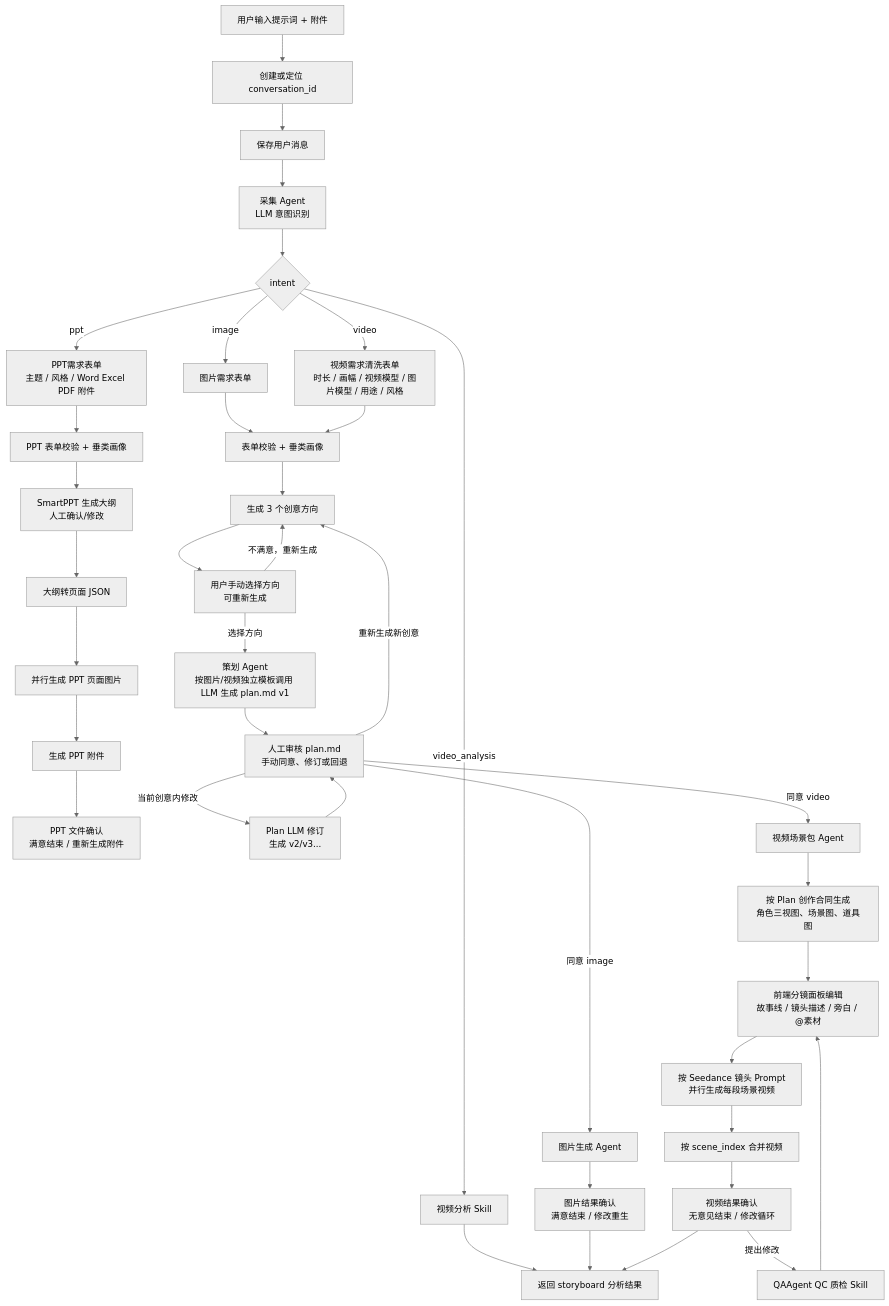
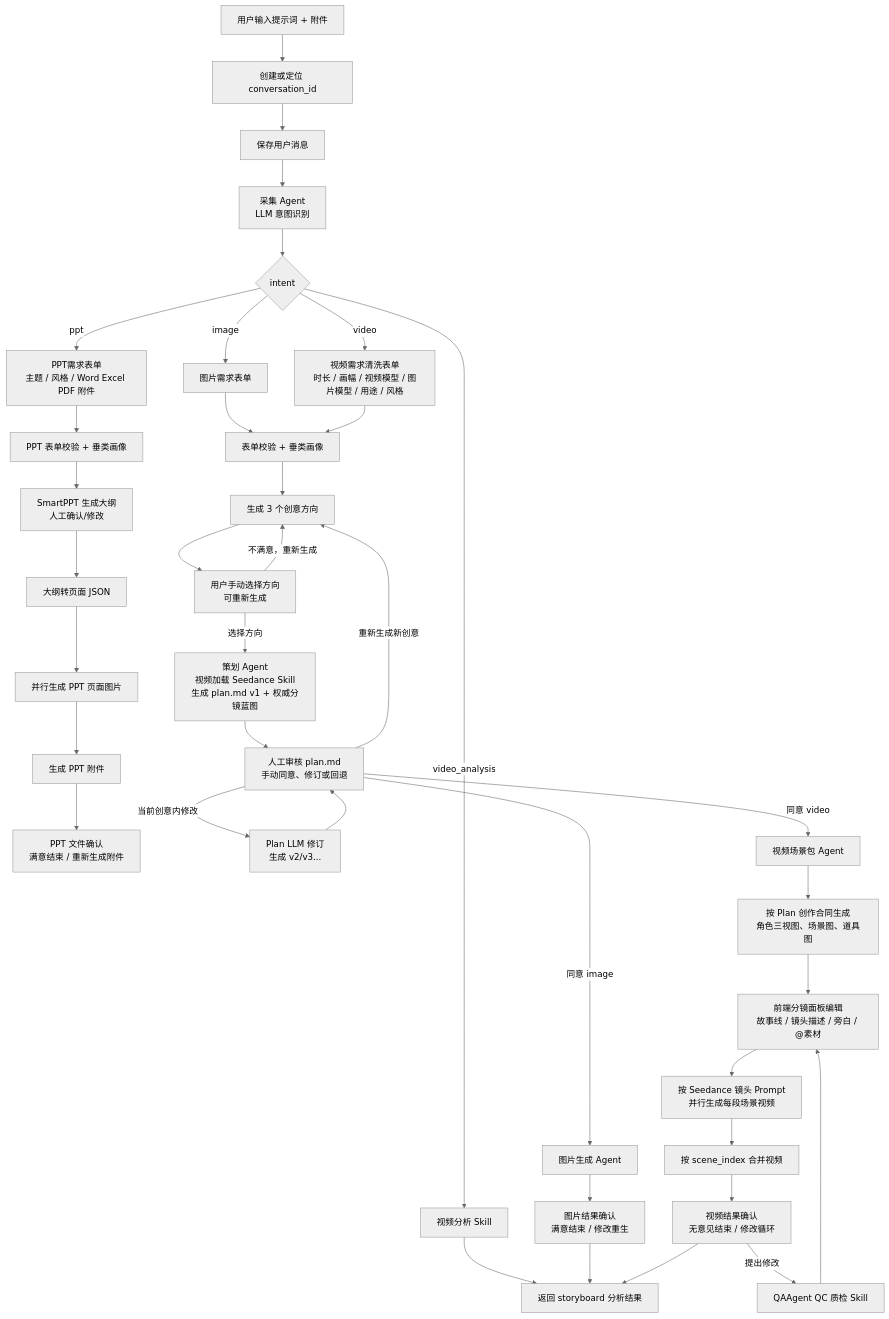
Before and after one commit to joyslxd/pixelflow: the second of 7 diagrams in docs/pixelflow-agent-skill-flow-latest-design.md, drawn with Mermaid (neutral theme). The commit also changed other lines of this file and 23 other files, not shown here.

````diff
--- a/docs/pixelflow-agent-skill-flow-latest-design.md
+++ b/docs/pixelflow-agent-skill-flow-latest-design.md
@@ -48,40 +48,40 @@
 ```mermaid
 flowchart TD
   A["用户输入提示词 + 附件"] --> B["创建或定位 conversation_id"]
   B --> C["保存用户消息"]
   C --> D["采集 Agent<br/>LLM 意图识别"]
   D --> E{"intent"}
   E -->|"video_analysis"| VA["视频分析 Skill"]
   E -->|"image"| IF["图片需求表单"]
   E -->|"video"| VF["视频需求清洗表单<br/>时长 / 画幅 / 视频模型 / 图片模型 / 用途 / 风格"]
   E -->|"ppt"| PF["PPT需求表单<br/>主题 / 风格 / Word Excel PDF 附件"]
   IF --> IV["表单校验 + 垂类画像"]
   VF --> IV
   PF --> PIV["PPT 表单校验 + 垂类画像"]
   PIV --> PSUM["SmartPPT 生成大纲<br/>人工确认/修改"]
   PSUM --> PJSON["大纲转页面 JSON"]
   PJSON --> PIMG["并行生成 PPT 页面图片"]
   PIMG --> PFILE["生成 PPT 附件"]
   PFILE --> PDONE["PPT 文件确认<br/>满意结束 / 重新生成附件"]
   IV --> DIR["生成 3 个创意方向"]
   DIR --> CHOOSE["用户手动选择方向<br/>可重新生成"]
   CHOOSE -->|"不满意，重新生成"| DIR
-  CHOOSE -->|"选择方向"| PLAN["策划 Agent<br/>按图片/视频独立模板调用 LLM 生成 plan.md v1"]
+  CHOOSE -->|"选择方向"| PLAN["策划 Agent<br/>视频加载 Seedance Skill<br/>生成 plan.md v1 + 权威分镜蓝图"]
   PLAN --> REVIEW["人工审核 plan.md<br/>手动同意、修订或回退"]
   REVIEW -->|"当前创意内修改"| REVISE["Plan LLM 修订<br/>生成 v2/v3..."]
   REVISE --> REVIEW
   REVIEW -->|"重新生成新创意"| DIR
   REVIEW -->|"同意 image"| IMG["图片生成 Agent"]
   REVIEW -->|"同意 video"| VP["视频场景包 Agent"]
   IMG --> IR["图片结果确认<br/>满意结束 / 修改重生"]
   VP --> SA["按 Plan 创作合同生成<br/>角色三视图、场景图、道具图"]
   SA --> SB["前端分镜面板编辑<br/>故事线 / 镜头描述 / 旁白 / @素材"]
   SB --> SV["按 Seedance 镜头 Prompt<br/>并行生成每段场景视频"]
   SV --> MERGE["按 scene_index 合并视频"]
   MERGE --> VR["视频结果确认<br/>无意见结束 / 修改循环"]
   VR -->|"提出修改"| QC["QAAgent QC 质检 Skill"]
   QC --> SB
   VA --> DONE["返回 storyboard 分析结果"]
   IR --> DONE
   VR --> DONE
 ```
````
